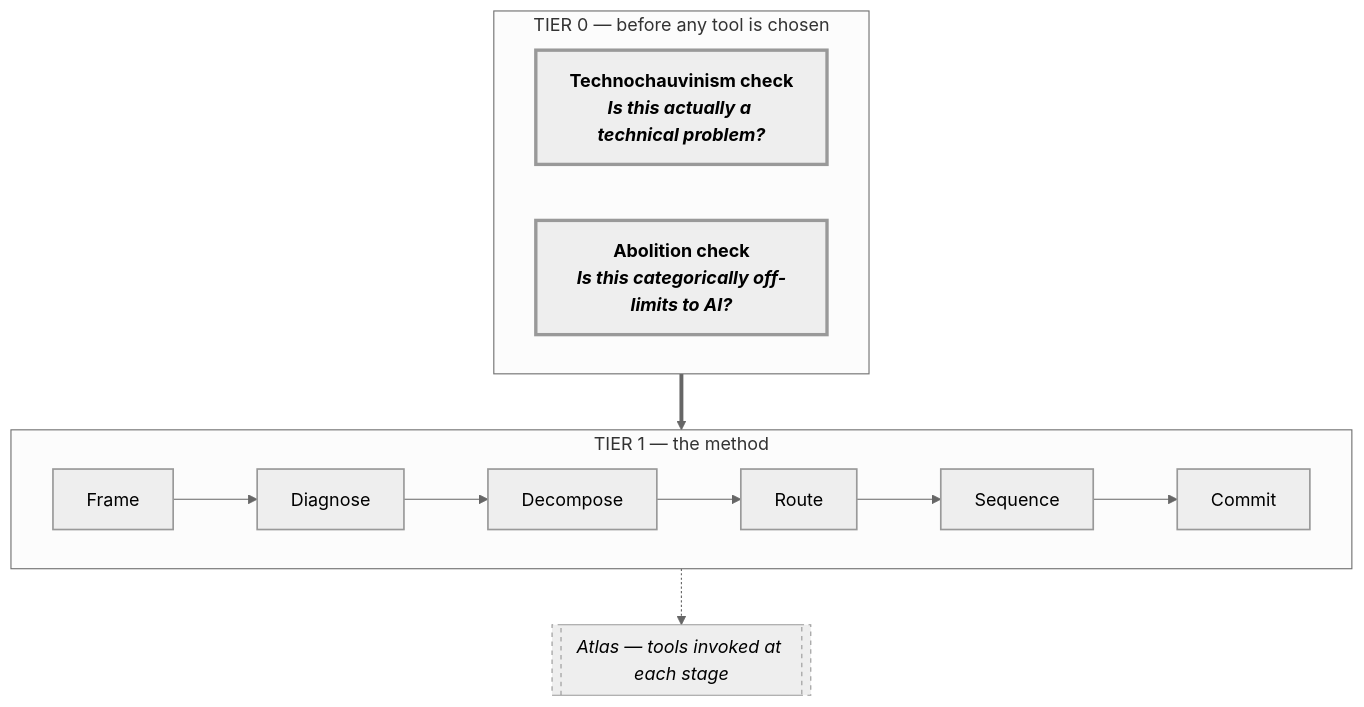
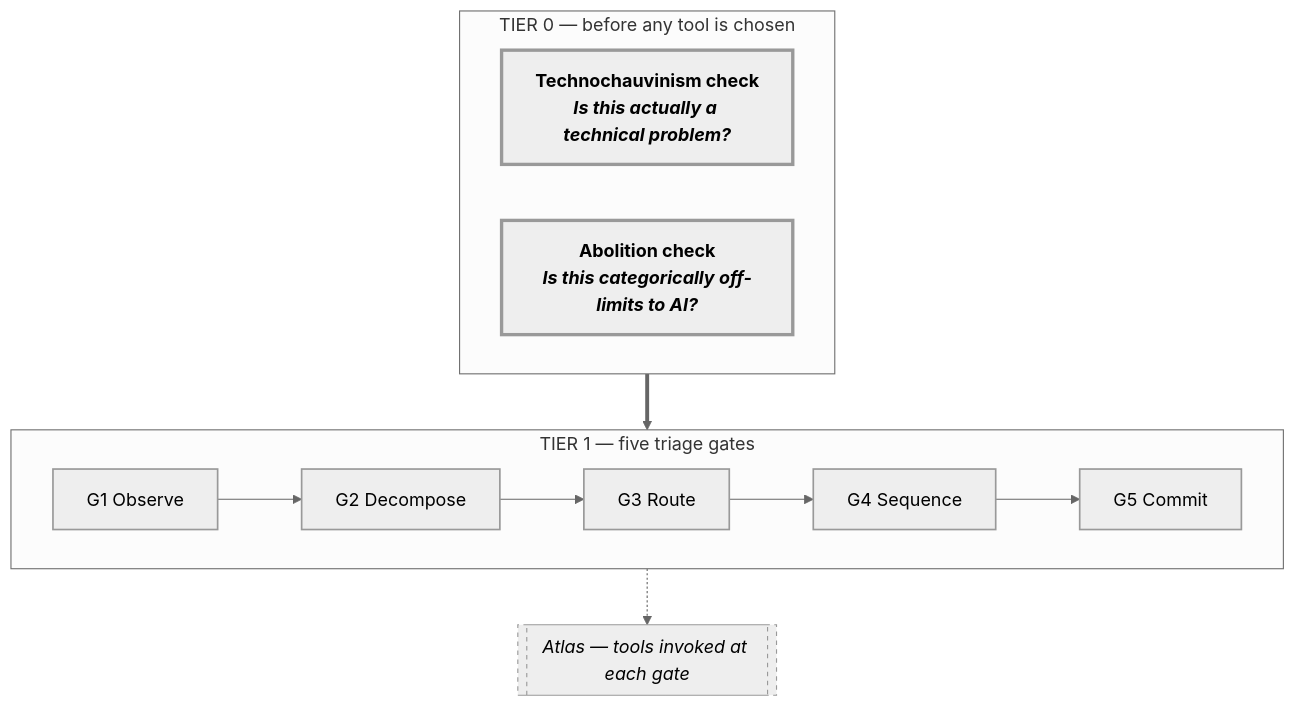
Before and after one commit to saviranta/know-when-to-ai: the diagram in docs/illustration-1-1.md, drawn with Mermaid (neutral theme). The commit also changed 10 other files, not shown here.

````diff
--- a/docs/illustration-1-1.md
+++ b/docs/illustration-1-1.md
@@ -5,24 +5,24 @@
 ```mermaid
 flowchart TD
   subgraph TIER0["TIER 0 &mdash; before any tool is chosen"]
     direction LR
     G1["<b>Technochauvinism check</b><br/><i>Is this actually a technical problem?</i>"]
     G2["<b>Abolition check</b><br/><i>Is this categorically off-limits to AI?</i>"]
   end
 
   TIER0 ==> SPINE
 
-  subgraph SPINE["TIER 1 &mdash; the method"]
+  subgraph SPINE["TIER 1 &mdash; five triage gates"]
     direction LR
-    S1[Frame] --> S2[Diagnose] --> S3[Decompose] --> S4[Route] --> S5[Sequence] --> S6[Commit]
+    S1[G1 Observe] --> S2[G2 Decompose] --> S3[G3 Route] --> S4[G4 Sequence] --> S5[G5 Commit]
   end
 
-  SPINE -.-> ATLAS[["Atlas &mdash; tools invoked at each stage"]]
+  SPINE -.-> ATLAS[["Atlas &mdash; tools invoked at each gate"]]
 
   classDef tier0Gate stroke-width:3px,font-weight:bold;
   classDef tier1Stage stroke-width:1.5px;
   classDef atlasNote stroke-dasharray:4 4,stroke-width:1px,font-style:italic;
   class G1,G2 tier0Gate;
-  class S1,S2,S3,S4,S5,S6 tier1Stage;
+  class S1,S2,S3,S4,S5 tier1Stage;
   class ATLAS atlasNote;
 ```
````
